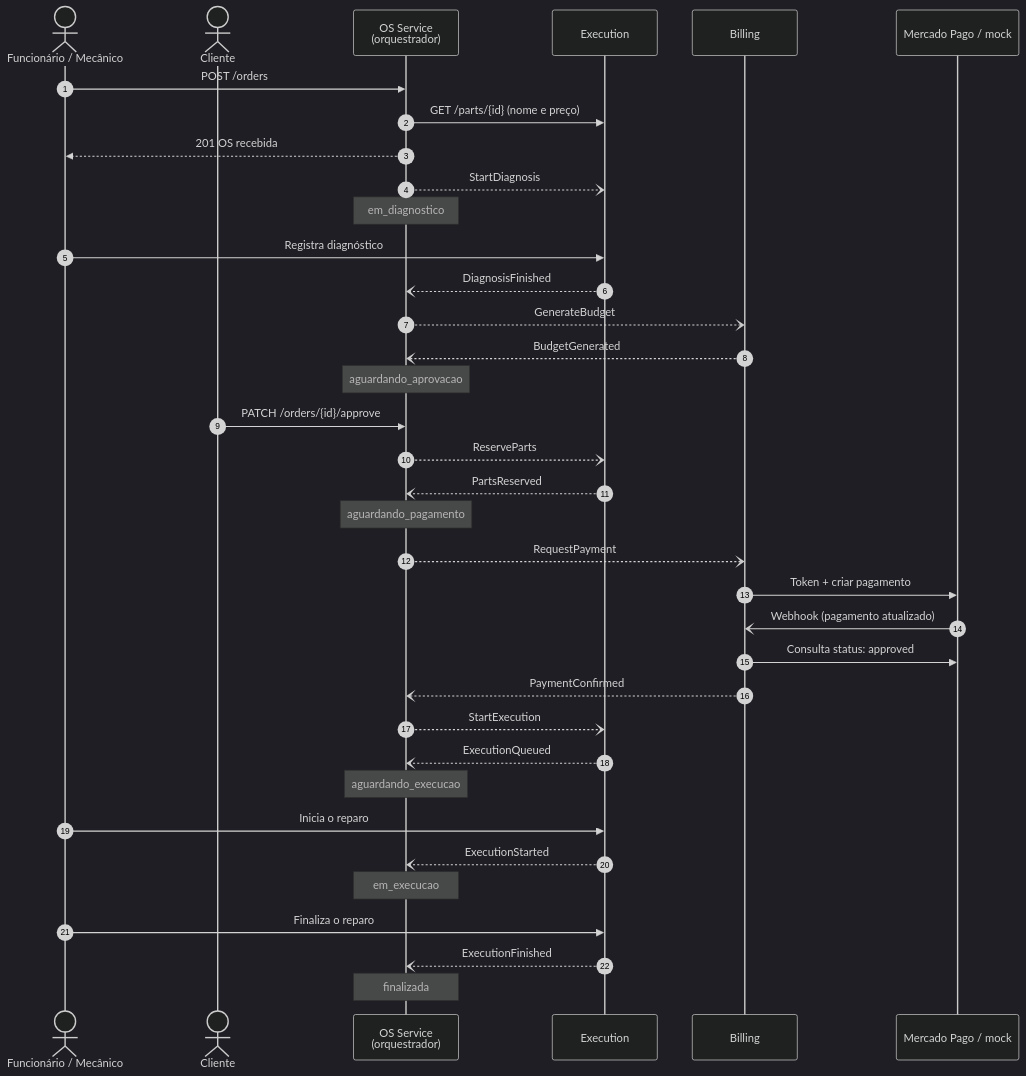
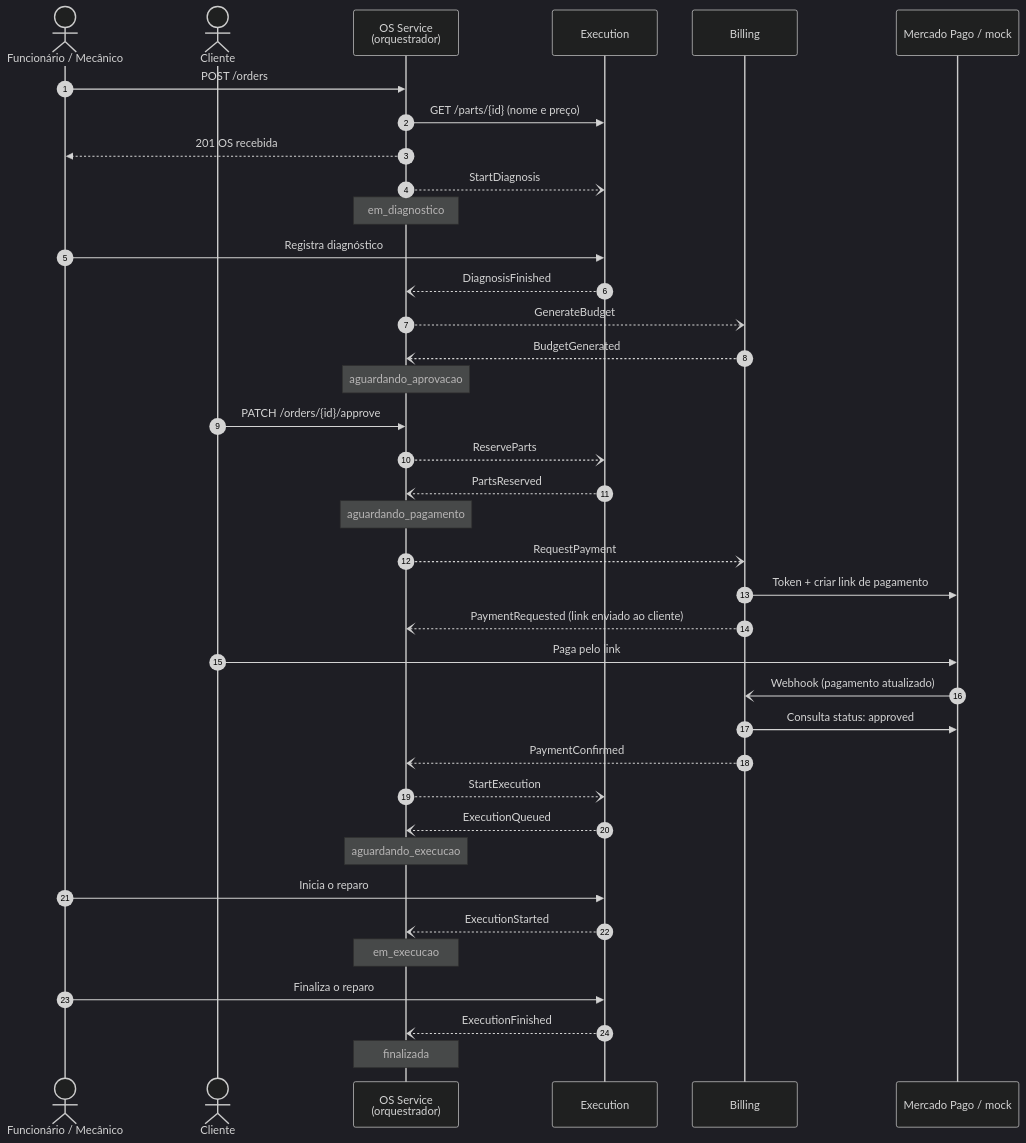
One commit to Jackeline2020/app-autoshop changed the first of 4 diagrams in docs/saga-flow.md. Above: the diagram before and after it, drawn with Mermaid (dark theme). The commit also changed 1 other file, not shown here.

Commit message:
docs: evento PaymentRequested com o link de pagamento

````diff
--- a/docs/saga-flow.md
+++ b/docs/saga-flow.md
@@ -26,39 +26,41 @@
 ```mermaid
 sequenceDiagram
     autonumber
     actor F as Funcionário / Mecânico
     actor C as Cliente
     participant OS as OS Service<br/>(orquestrador)
     participant EX as Execution
     participant BI as Billing
     participant MP as Mercado Pago / mock
 
     F->>OS: POST /orders
     OS->>EX: GET /parts/{id} (nome e preço)
     OS-->>F: 201 OS recebida
     OS--)EX: StartDiagnosis
     Note over OS: em_diagnostico
     F->>EX: Registra diagnóstico
     EX--)OS: DiagnosisFinished
     OS--)BI: GenerateBudget
     BI--)OS: BudgetGenerated
     Note over OS: aguardando_aprovacao
     C->>OS: PATCH /orders/{id}/approve
     OS--)EX: ReserveParts
     EX--)OS: PartsReserved
     Note over OS: aguardando_pagamento
     OS--)BI: RequestPayment
-    BI->>MP: Token + criar pagamento
+    BI->>MP: Token + criar link de pagamento
+    BI--)OS: PaymentRequested (link enviado ao cliente)
+    C->>MP: Paga pelo link
     MP-)BI: Webhook (pagamento atualizado)
     BI->>MP: Consulta status: approved
     BI--)OS: PaymentConfirmed
     OS--)EX: StartExecution
     EX--)OS: ExecutionQueued
     Note over OS: aguardando_execucao
     F->>EX: Inicia o reparo
     EX--)OS: ExecutionStarted
     Note over OS: em_execucao
     F->>EX: Finaliza o reparo
     EX--)OS: ExecutionFinished
     Note over OS: finalizada
 ```
````
